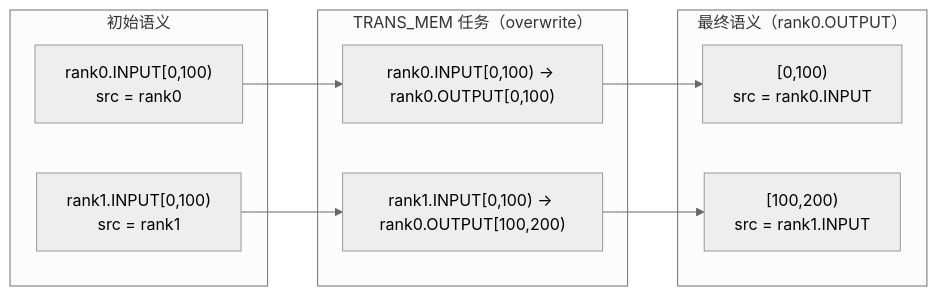
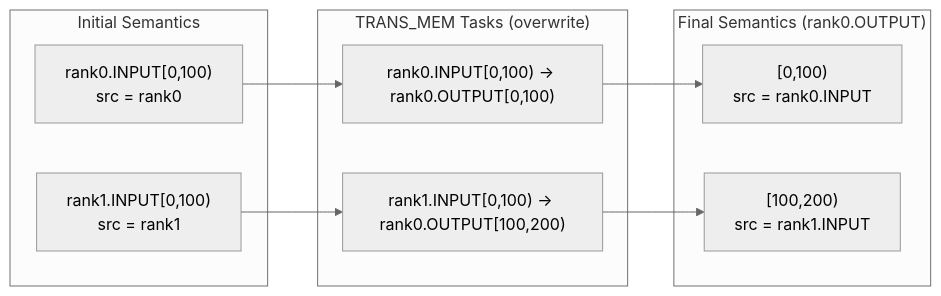
Diagram 18 of 19 in test/hccl_vm/docs/checker_quick_intro_en.md (Atlas-Ascend-Fork/hcomm), drawn with Mermaid (neutral theme) before and after one commit. The commit also changed other lines of this file and 73 other files, not shown here.

````diff
--- a/test/hccl_vm/docs/checker_quick_intro_en.md
+++ b/test/hccl_vm/docs/checker_quick_intro_en.md
@@ -633,20 +633,20 @@
 ```mermaid
 flowchart LR
-    subgraph SRC["初始语义"]
+    subgraph SRC["Initial Semantics"]
         I0["rank0.INPUT[0,100)\nsrc = rank0"]
         I1["rank1.INPUT[0,100)\nsrc = rank1"]
     end
 
-    subgraph TASK["TRANS_MEM 任务（overwrite）"]
+    subgraph TASK["TRANS_MEM Tasks (overwrite)"]
         T1["rank0.INPUT[0,100) → rank0.OUTPUT[0,100)"]
         T2["rank1.INPUT[0,100) → rank0.OUTPUT[100,200)"]
     end
 
-    subgraph DST["最终语义（rank0.OUTPUT）"]
+    subgraph DST["Final Semantics (rank0.OUTPUT)"]
         F0A["[0,100)\nsrc = rank0.INPUT"]
         F0B["[100,200)\nsrc = rank1.INPUT"]
     end
 
     I0 --> T1 --> F0A
     I1 --> T2 --> F0B
 ```
````
